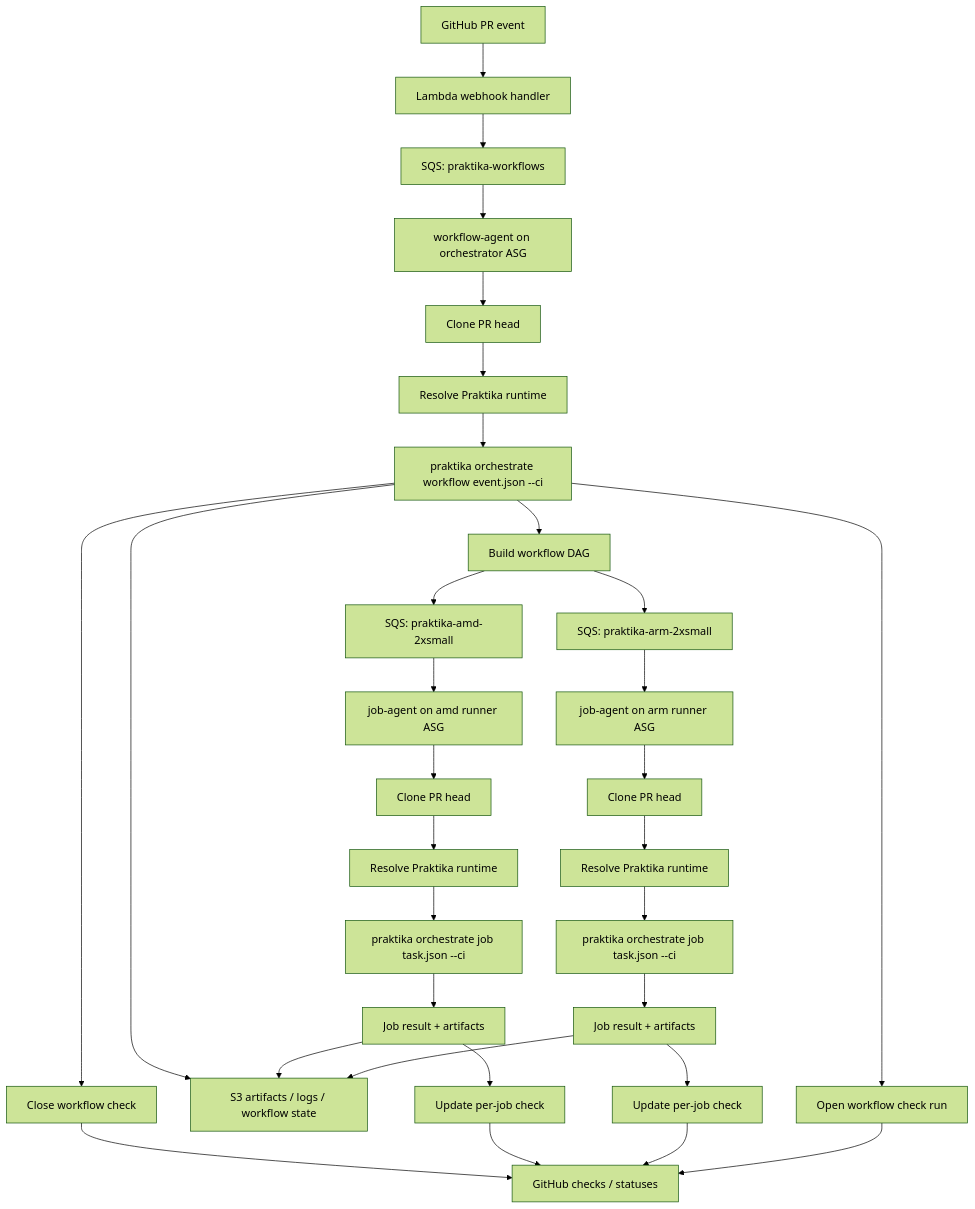
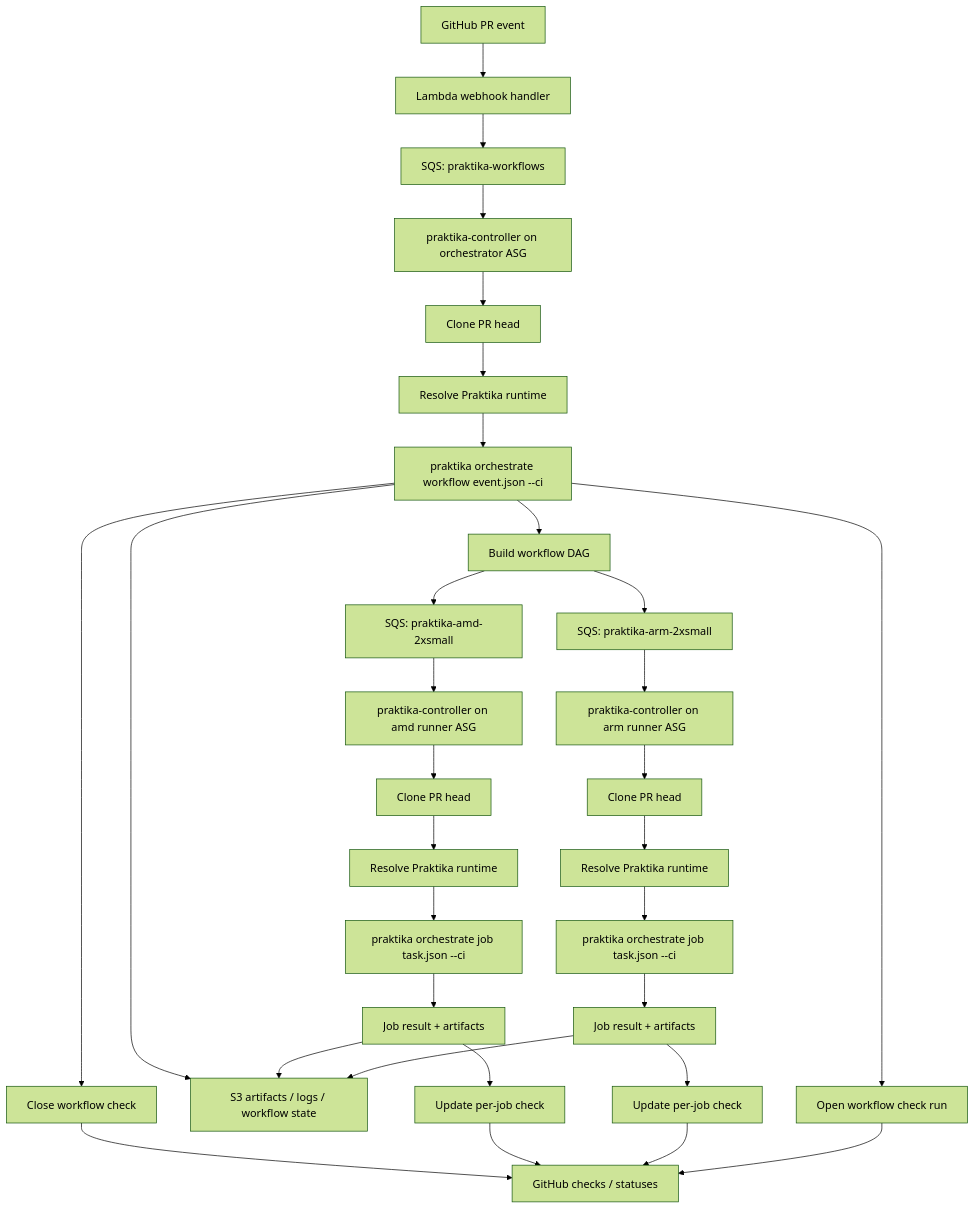
The first of 2 diagrams in praktika/orchestrator/README.md (ClickHouse/praktika), drawn with Mermaid (forest theme) before and after one commit. The commit also changed other lines of this file and 38 other files, not shown here.

Commit message:
Unify controller runtime and image deploy flow

````diff
--- a/praktika/orchestrator/README.md
+++ b/praktika/orchestrator/README.md
@@ -44,44 +44,44 @@
 ```mermaid
 flowchart TD
     GH[GitHub PR event] --> L[Lambda webhook handler]
     L --> WQ[SQS: praktika-workflows]
 
-    WQ --> WB[workflow-agent on orchestrator ASG]
+    WQ --> WB[praktika-controller on orchestrator ASG]
     WB --> WC[Clone PR head]
     WC --> WV[Resolve Praktika runtime]
     WV --> WO[praktika orchestrate workflow event.json --ci]
 
     WO --> C0[Open workflow check run]
     WO --> DAG[Build workflow DAG]
 
     DAG --> J1Q[SQS: praktika-arm-2xsmall]
     DAG --> J2Q[SQS: praktika-amd-2xsmall]
 
-    J1Q --> R1[job-agent on arm runner ASG]
-    J2Q --> R2[job-agent on amd runner ASG]
+    J1Q --> R1[praktika-controller on arm runner ASG]
+    J2Q --> R2[praktika-controller on amd runner ASG]
 
     R1 --> RC1[Clone PR head]
     R2 --> RC2[Clone PR head]
 
     RC1 --> RV1[Resolve Praktika runtime]
     RC2 --> RV2[Resolve Praktika runtime]
 
     RV1 --> JO1[praktika orchestrate job task.json --ci]
     RV2 --> JO2[praktika orchestrate job task.json --ci]
 
     JO1 --> JR1[Job result + artifacts]
     JO2 --> JR2[Job result + artifacts]
 
     JR1 --> S3[S3 artifacts / logs / workflow state]
     JR2 --> S3
     WO --> S3
 
     JR1 --> C1[Update per-job check]
     JR2 --> C2[Update per-job check]
     WO --> C3[Close workflow check]
 
     C0 --> GHCS[GitHub checks / statuses]
     C1 --> GHCS
     C2 --> GHCS
     C3 --> GHCS
 ```
````
